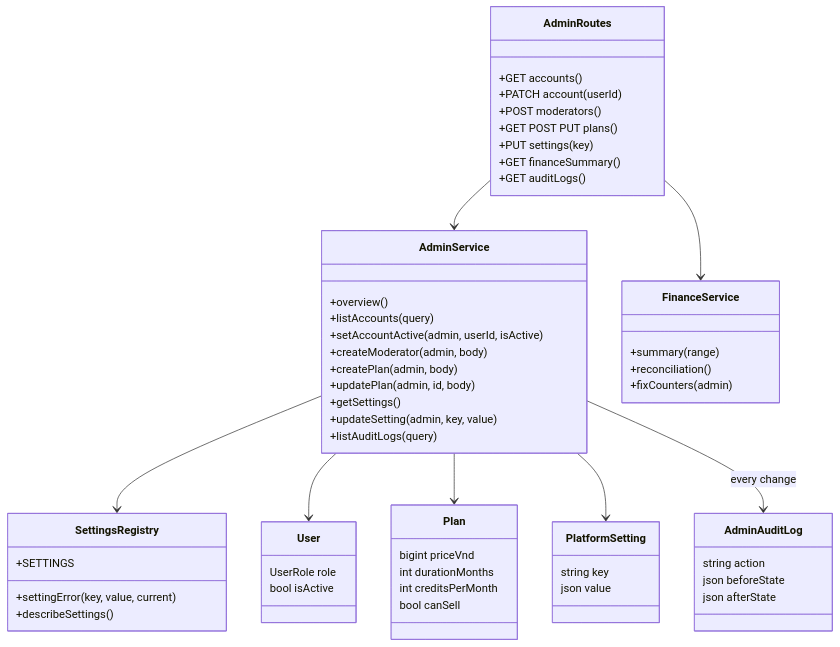
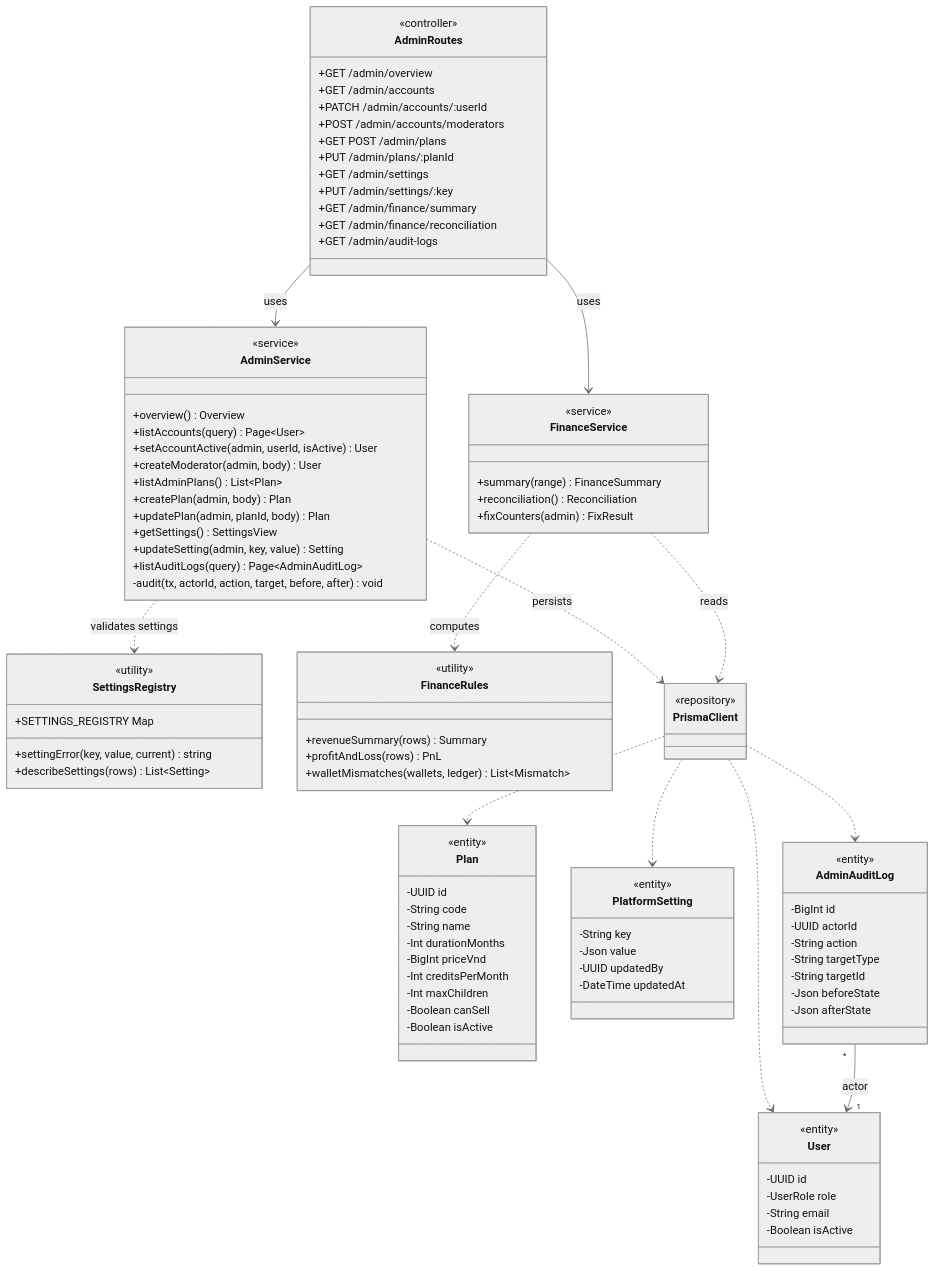
The diagram in docs/diagrams/sdd/3.7-admin-class.mmd (SEP490-GFA26SE186/BE), drawn with Mermaid before and after one commit. The commit also changed 46 other files, not shown here.

First line of the commit message:
Refactor class diagrams and sequence diagrams for monitoring, publishing, and withdrawals

```diff
--- a/docs/diagrams/sdd/3.7-admin-class.mmd
+++ b/docs/diagrams/sdd/3.7-admin-class.mmd
@@ -1,57 +1,100 @@
+%%{init: {"theme": "neutral", "themeVariables": {"fontFamily": "Arial"}}}%%
 classDiagram
+  direction TB
   class AdminRoutes {
-    +GET accounts()
-    +PATCH account(userId)
-    +POST moderators()
-    +GET POST PUT plans()
-    +PUT settings(key)
-    +GET financeSummary()
-    +GET auditLogs()
+    <<controller>>
+    +GET /admin/overview
+    +GET /admin/accounts
+    +PATCH /admin/accounts/:userId
+    +POST /admin/accounts/moderators
+    +GET POST /admin/plans
+    +PUT /admin/plans/:planId
+    +GET /admin/settings
+    +PUT /admin/settings/:key
+    +GET /admin/finance/summary
+    +GET /admin/finance/reconciliation
+    +GET /admin/audit-logs
   }
   class AdminService {
-    +overview()
-    +listAccounts(query)
-    +setAccountActive(admin, userId, isActive)
-    +createModerator(admin, body)
-    +createPlan(admin, body)
-    +updatePlan(admin, id, body)
-    +getSettings()
-    +updateSetting(admin, key, value)
-    +listAuditLogs(query)
+    <<service>>
+    +overview() Overview
+    +listAccounts(query) Page~User~
+    +setAccountActive(admin, userId, isActive) User
+    +createModerator(admin, body) User
+    +listAdminPlans() List~Plan~
+    +createPlan(admin, body) Plan
+    +updatePlan(admin, planId, body) Plan
+    +getSettings() SettingsView
+    +updateSetting(admin, key, value) Setting
+    +listAuditLogs(query) Page~AdminAuditLog~
+    -audit(tx, actorId, action, target, before, after) void
   }
   class FinanceService {
-    +summary(range)
-    +reconciliation()
-    +fixCounters(admin)
+    <<service>>
+    +summary(range) FinanceSummary
+    +reconciliation() Reconciliation
+    +fixCounters(admin) FixResult
   }
   class SettingsRegistry {
-    +SETTINGS
-    +settingError(key, value, current)
-    +describeSettings()
+    <<utility>>
+    +SETTINGS_REGISTRY Map
+    +settingError(key, value, current) string
+    +describeSettings(rows) List~Setting~
+  }
+  class FinanceRules {
+    <<utility>>
+    +revenueSummary(rows) Summary
+    +profitAndLoss(rows) PnL
+    +walletMismatches(wallets, ledger) List~Mismatch~
+  }
+  class PrismaClient {
+    <<repository>>
   }
   class User {
-    UserRole role
-    bool isActive
+    <<entity>>
+    -UUID id
+    -UserRole role
+    -String email
+    -Boolean isActive
   }
   class Plan {
-    bigint priceVnd
-    int durationMonths
-    int creditsPerMonth
-    bool canSell
+    <<entity>>
+    -UUID id
+    -String code
+    -String name
+    -Int durationMonths
+    -BigInt priceVnd
+    -Int creditsPerMonth
+    -Int maxChildren
+    -Boolean canSell
+    -Boolean isActive
   }
   class PlatformSetting {
-    string key
-    json value
+    <<entity>>
+    -String key
+    -Json value
+    -UUID updatedBy
+    -DateTime updatedAt
   }
   class AdminAuditLog {
-    string action
-    json beforeState
-    json afterState
+    <<entity>>
+    -BigInt id
+    -UUID actorId
+    -String action
+    -String targetType
+    -String targetId
+    -Json beforeState
+    -Json afterState
   }
-  AdminRoutes --> AdminService
-  AdminRoutes --> FinanceService
-  AdminService --> SettingsRegistry
-  AdminService --> User
-  AdminService --> Plan
-  AdminService --> PlatformSetting
-  AdminService --> AdminAuditLog : every change
+
+  AdminRoutes --> AdminService : uses
+  AdminRoutes --> FinanceService : uses
+  AdminService ..> SettingsRegistry : validates settings
+  FinanceService ..> FinanceRules : computes
+  AdminService ..> PrismaClient : persists
+  FinanceService ..> PrismaClient : reads
+  PrismaClient ..> User
+  PrismaClient ..> Plan
+  PrismaClient ..> PlatformSetting
+  PrismaClient ..> AdminAuditLog
+  AdminAuditLog "*" --> "1" User : actor
```
